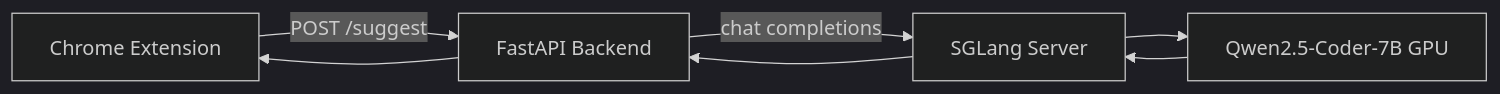
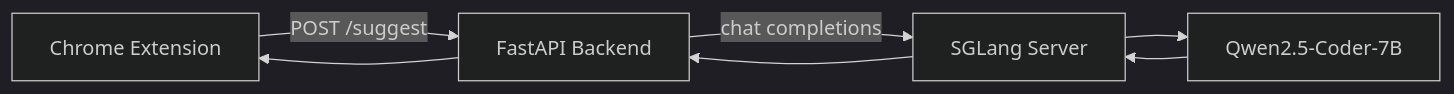
Before and after one commit to jaychauhan1/canvas-coding-assistant: the first of 2 diagrams in README.md, drawn with Mermaid (dark theme). The commit also changed other lines of this file and 1 other file, not shown here.

First line of the commit message:
Fix architecture diagram rendering on GitHub.

````diff
--- a/README.md
+++ b/README.md
@@ -29,9 +29,9 @@
 ```mermaid
 flowchart LR
-    Ext[Chrome Extension] -->|POST /suggest| API[FastAPI Backend]
-    API -->|chat completions| SGL[SGLang Server]
-    SGL --> GPU[Qwen2.5-Coder-7B GPU]
-    GPU --> SGL
+    Ext["Chrome Extension"] -->|"POST /suggest"| API["FastAPI Backend"]
+    API -->|"chat completions"| SGL["SGLang Server"]
+    SGL --> Model["Qwen2.5-Coder-7B"]
+    Model --> SGL
     SGL --> API
     API --> Ext
 ```
````
